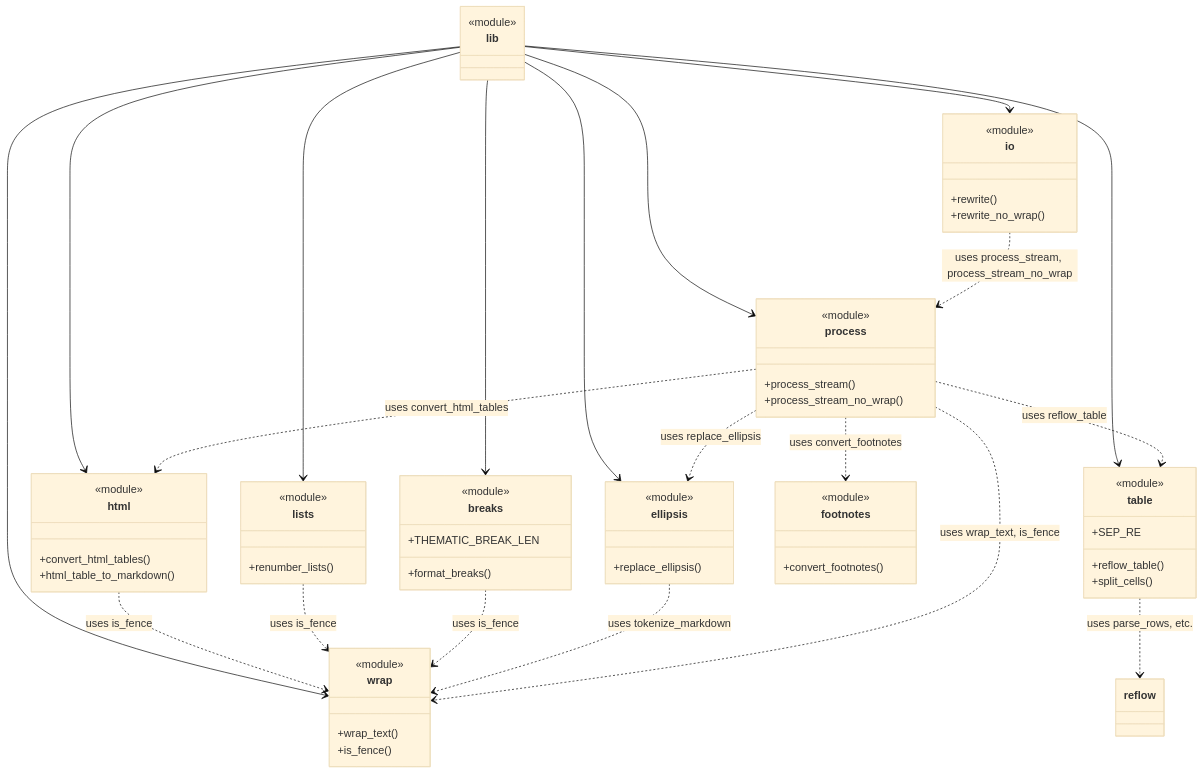
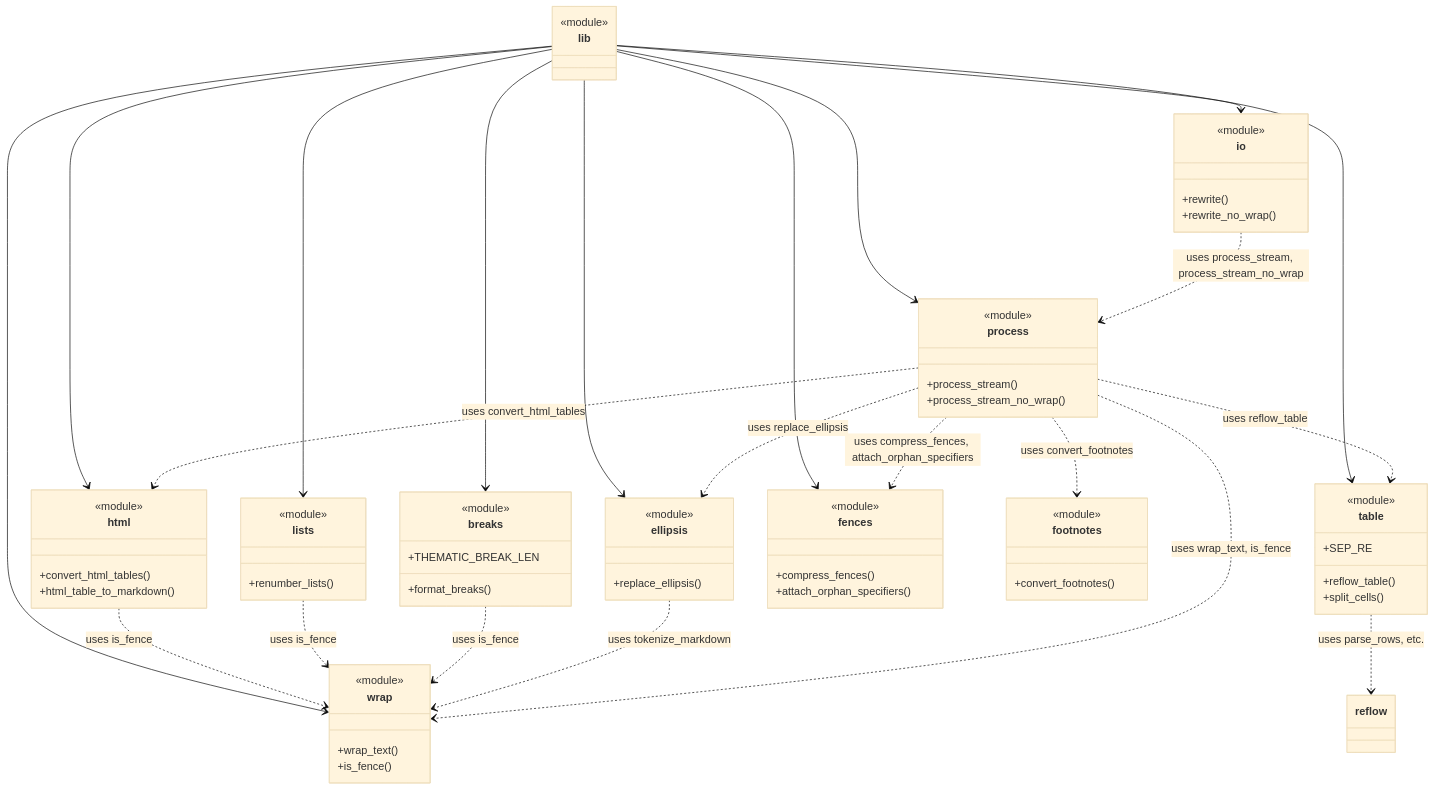
Before and after one commit to leynos/mdtablefix: the diagram in docs/module-relationships.md, drawn with Mermaid (base theme). The commit also changed other lines of this file and 9 other files, not shown here.

````diff
--- a/docs/module-relationships.md
+++ b/docs/module-relationships.md
@@ -5,68 +5,75 @@
 ```mermaid
 classDiagram
     class lib {
         <<module>>
     }
     class html {
         <<module>>
         +convert_html_tables()
         +html_table_to_markdown()
     }
     class table {
         <<module>>
         +reflow_table()
         +split_cells()
         +SEP_RE
     }
     class wrap {
         <<module>>
         +wrap_text()
         +is_fence()
     }
     class lists {
         <<module>>
         +renumber_lists()
     }
     class breaks {
         <<module>>
         +format_breaks()
         +THEMATIC_BREAK_LEN
     }
     class ellipsis {
         <<module>>
         +replace_ellipsis()
     }
+    class fences {
+        <<module>>
+        +compress_fences()
+        +attach_orphan_specifiers()
+    }
     class footnotes {
         <<module>>
         +convert_footnotes()
     }
     class process {
         <<module>>
         +process_stream()
         +process_stream_no_wrap()
     }
     class io {
         <<module>>
         +rewrite()
         +rewrite_no_wrap()
     }
     lib --> html
     lib --> table
     lib --> wrap
     lib --> lists
     lib --> breaks
     lib --> ellipsis
+    lib --> fences
     lib --> process
     lib --> io
     html ..> wrap : uses is_fence
     table ..> reflow : uses parse_rows, etc.
     lists ..> wrap : uses is_fence
     breaks ..> wrap : uses is_fence
     ellipsis ..> wrap : uses tokenize_markdown
     process ..> html : uses convert_html_tables
     process ..> table : uses reflow_table
     process ..> wrap : uses wrap_text, is_fence
+    process ..> fences : uses compress_fences, attach_orphan_specifiers
     process ..> ellipsis : uses replace_ellipsis
     process ..> footnotes : uses convert_footnotes
     io ..> process : uses process_stream, process_stream_no_wrap
 ```
````
